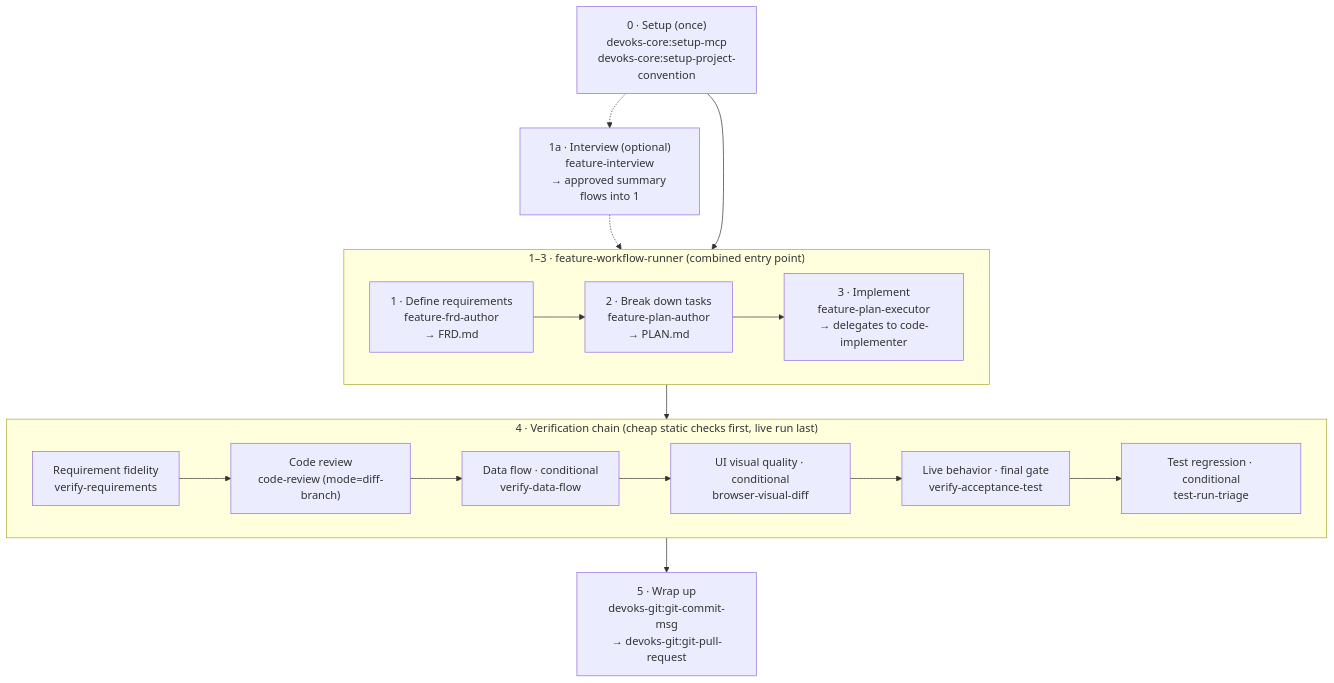
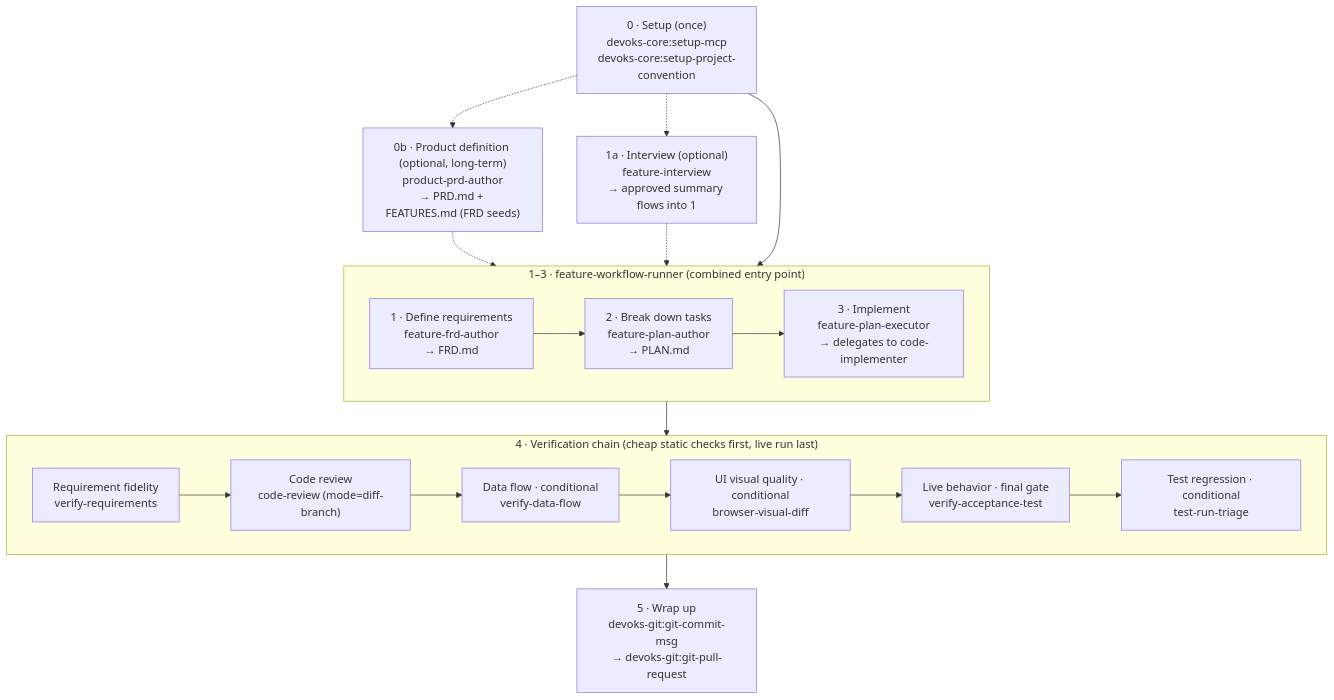
The diagram in README.md (ridsync/devoks-team-harness), drawn with Mermaid before and after one commit. The commit also changed other lines of this file and 14 other files, not shown here.

First line of the commit message:
feat(devoks-sdlc): 장기 프로젝트용 PRD·기능 백로그 스킬 product-prd-author 신설

````diff
--- a/README.md
+++ b/README.md
@@ -108,33 +108,37 @@
 ```mermaid
 flowchart TD
     S["0 · Setup (once)<br/>devoks-core:setup-mcp<br/>devoks-core:setup-project-convention"]
+
+    PRD["0b · Product definition (optional, long-term)<br/>product-prd-author<br/>→ PRD.md + FEATURES.md (FRD seeds)"]
 
     D["1a · Interview (optional)<br/>feature-interview<br/>→ approved summary flows into 1"]
 
     subgraph BUILD["1–3 · feature-workflow-runner (combined entry point)"]
         direction LR
         F["1 · Define requirements<br/>feature-frd-author<br/>→ FRD.md"]
         P["2 · Break down tasks<br/>feature-plan-author<br/>→ PLAN.md"]
         I["3 · Implement<br/>feature-plan-executor<br/>→ delegates to code-implementer"]
         F --> P --> I
     end
 
     subgraph VERIFY["4 · Verification chain (cheap static checks first, live run last)"]
         direction LR
         V1["Requirement fidelity<br/>verify-requirements"]
         V2["Code review<br/>code-review (mode=diff-branch)"]
         V3["Data flow · conditional<br/>verify-data-flow"]
         V4["UI visual quality · conditional<br/>browser-visual-diff"]
         V5["Live behavior · final gate<br/>verify-acceptance-test"]
         V6["Test regression · conditional<br/>test-run-triage"]
         V1 --> V2 --> V3 --> V4 --> V5 --> V6
     end
 
     C["5 · Wrap up<br/>devoks-git:git-commit-msg<br/>→ devoks-git:git-pull-request"]
 
     S --> BUILD
+    S -.-> PRD
+    PRD -.-> F
     S -.-> D
     D -.-> F
     BUILD --> VERIFY
     VERIFY --> C
 ```
````
